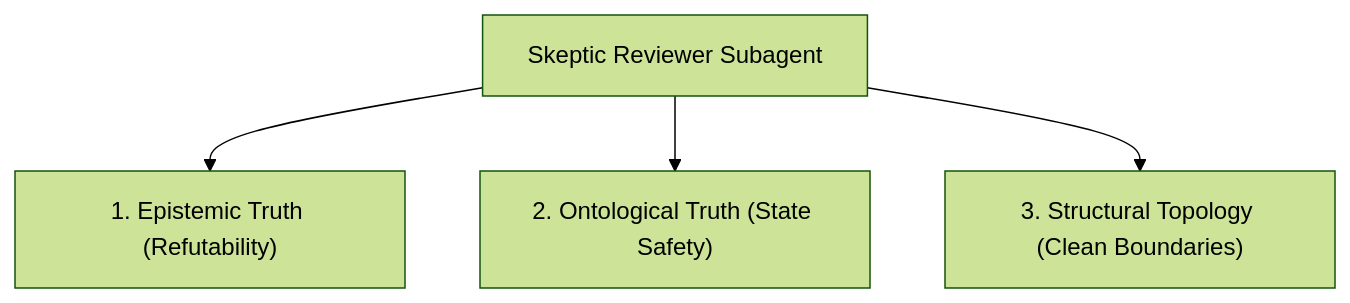
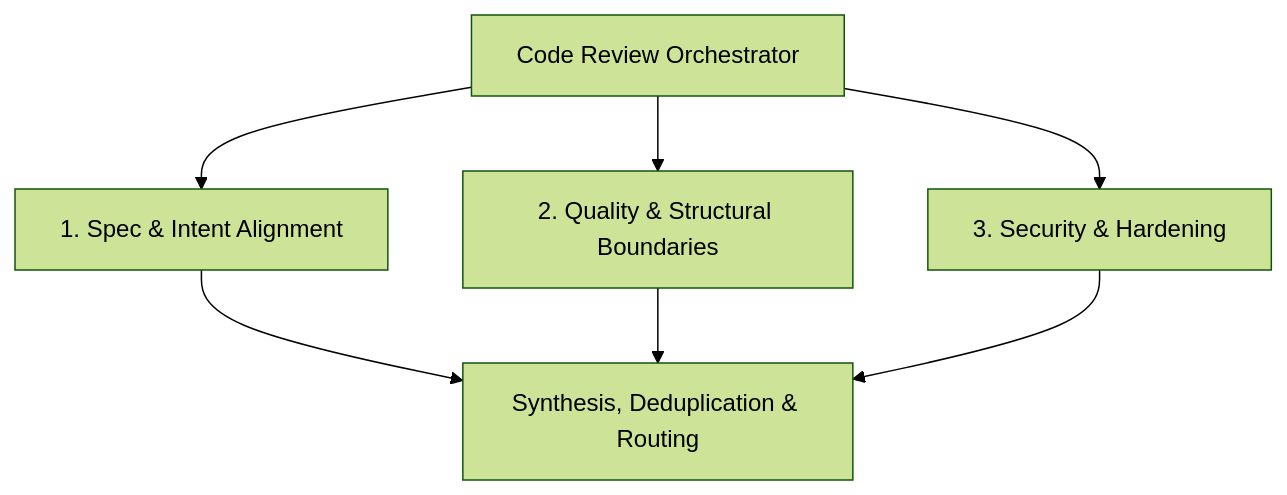
The diagram in skills/code-review/SKILL.md (Rianico/harness-zkx), drawn with Mermaid (forest theme) before and after one commit. The commit also changed other lines of this file and 7 other files, not shown here.

Commit message:
feat(code-review): rebuild as multi-agent review gate with superpowers package

````diff
--- a/skills/code-review/SKILL.md
+++ b/skills/code-review/SKILL.md
@@ -22,7 +33,9 @@
 ```mermaid
 flowchart TD
-    Reviewer["Skeptic Reviewer Subagent"]
-    Reviewer --> I1["1. Epistemic Truth (Refutability)"]
-    Reviewer --> I2["2. Ontological Truth (State Safety)"]
-    Reviewer --> I3["3. Structural Topology (Clean Boundaries)"]
+    Orch["Code Review Orchestrator"] --> S1["1. Spec & Intent Alignment"]
+    Orch --> S2["2. Quality & Structural Boundaries"]
+    Orch --> S3["3. Security & Hardening"]
+    S1 --> Synth["Synthesis, Deduplication & Routing"]
+    S2 --> Synth
+    S3 --> Synth
 ```
````
